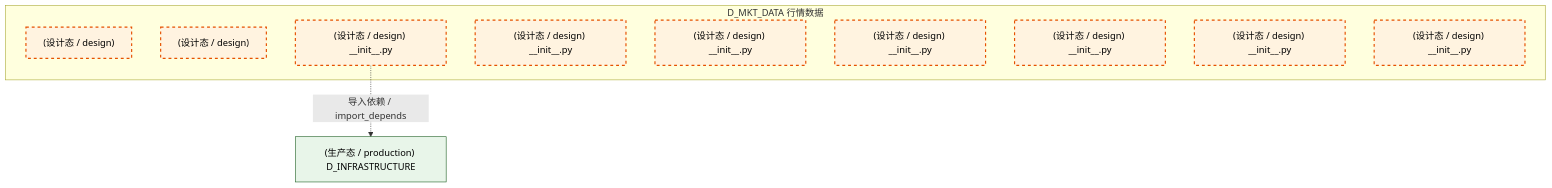
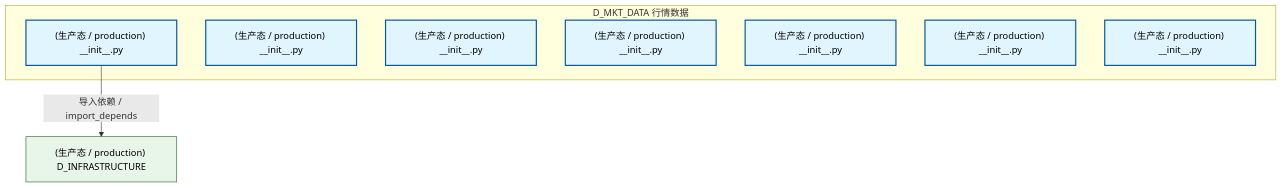
Before and after one commit to xuanFelixVan/ZephyrAlpha: the first of 3 diagrams in docs/02_enterprise_architecture/02_domain_architecture_docs/20_d_mkt_data.md, drawn with Mermaid. The commit also changed other lines of this file and 128 other files, not shown here.

````diff
--- a/docs/02_enterprise_architecture/02_domain_architecture_docs/20_d_mkt_data.md
+++ b/docs/02_enterprise_architecture/02_domain_architecture_docs/20_d_mkt_data.md
@@ -70,22 +67,20 @@
 ```mermaid
 graph TD
     subgraph D_MKT_DATA["D_MKT_DATA 行情数据"]
-        docs_03_modules_cross_layer_database_sub_blueprints_c1_market_clickhouse_md["(设计态 / design) "]
-        docs_03_modules_domain_data_data_source_operation_manual_md["(设计态 / design) "]
-        src_zephyr_market_data_init_py["(设计态 / design) __init__.py"]
-        src_zephyr_market_data_extensions_init_py["(设计态 / design) __init__.py"]
-        src_zephyr_market_data_api_init_py["(设计态 / design) __init__.py"]
-        src_zephyr_market_data_core_init_py["(设计态 / design) __init__.py"]
-        src_zephyr_market_data_infrastructure_init_py["(设计态 / design) __init__.py"]
-        src_zephyr_market_data_models_init_py["(设计态 / design) __init__.py"]
-        src_zephyr_market_data_services_init_py["(设计态 / design) __init__.py"]
+        src_zephyr_market_data_init_py["(生产态 / production) __init__.py"]
+        src_zephyr_market_data_extensions_init_py["(生产态 / production) __init__.py"]
+        src_zephyr_market_data_api_init_py["(生产态 / production) __init__.py"]
+        src_zephyr_market_data_core_init_py["(生产态 / production) __init__.py"]
+        src_zephyr_market_data_infrastructure_init_py["(生产态 / production) __init__.py"]
+        src_zephyr_market_data_models_init_py["(生产态 / production) __init__.py"]
+        src_zephyr_market_data_services_init_py["(生产态 / production) __init__.py"]
     end
     D_INFRASTRUCTURE["(生产态 / production) D_INFRASTRUCTURE"]
-    src_zephyr_market_data_init_py -.->|导入依赖 / import_depends| D_INFRASTRUCTURE
+    src_zephyr_market_data_init_py -->|导入依赖 / import_depends| D_INFRASTRUCTURE
     classDef production fill:#e1f5fe,stroke:#01579b,stroke-width:2px,color:#000
     classDef design fill:#fff3e0,stroke:#e65100,stroke-width:2px,color:#000,stroke-dasharray: 5 5
     classDef external_prod fill:#e8f5e9,stroke:#1b5e20,stroke-width:1px,color:#000
     classDef external_design fill:#fce4ec,stroke:#880e4f,stroke-width:1px,color:#000,stroke-dasharray: 5 5
-    class docs_03_modules_cross_layer_database_sub_blueprints_c1_market_clickhouse_md,docs_03_modules_domain_data_data_source_operation_manual_md,src_zephyr_market_data_init_py,src_zephyr_market_data_extensions_init_py,src_zephyr_market_data_api_init_py,src_zephyr_market_data_core_init_py,src_zephyr_market_data_infrastructure_init_py,src_zephyr_market_data_models_init_py,src_zephyr_market_data_services_init_py design
+    class src_zephyr_market_data_init_py,src_zephyr_market_data_extensions_init_py,src_zephyr_market_data_api_init_py,src_zephyr_market_data_core_init_py,src_zephyr_market_data_infrastructure_init_py,src_zephyr_market_data_models_init_py,src_zephyr_market_data_services_init_py production
     class D_INFRASTRUCTURE external_prod
 ```
````
